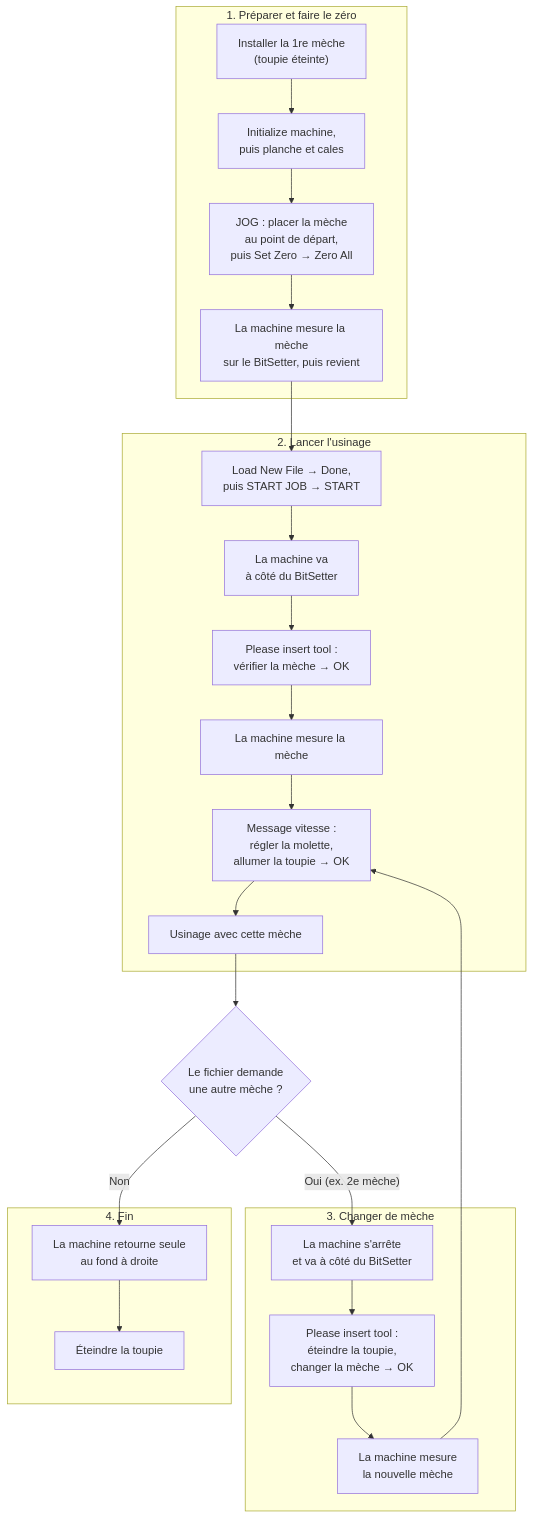
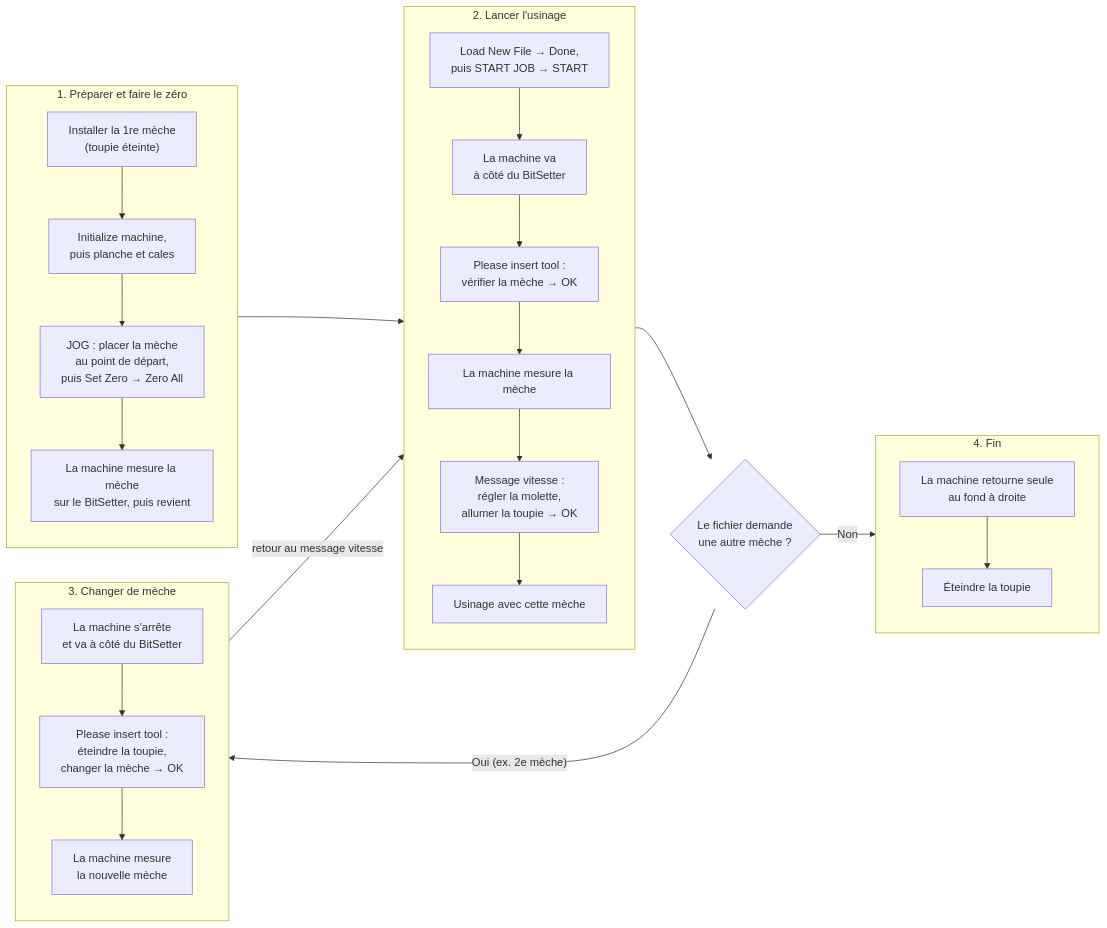
The diagram in src/content/docs/fr/guides/cnc-machine.md (Fablab-PAE/pae-docs), drawn with Mermaid before and after one commit. The commit also changed 2 other files, not shown here.

Commit message:
build: cnc-diagram-horizontal

````diff
--- a/src/content/docs/fr/guides/cnc-machine.md
+++ b/src/content/docs/fr/guides/cnc-machine.md
@@ -107,27 +107,31 @@
 ```mermaid
-flowchart TD
+flowchart LR
   subgraph prep ["1. Préparer et faire le zéro"]
+    direction TB
     A["Installer la 1re mèche<br/>(toupie éteinte)"] --> B["Initialize machine,<br/>puis planche et cales"]
     B --> C["JOG : placer la mèche<br/>au point de départ,<br/>puis Set Zero → Zero All"]
     C --> D["La machine mesure la mèche<br/>sur le BitSetter, puis revient"]:::risk
   end
   subgraph run ["2. Lancer l'usinage"]
+    direction TB
     E["Load New File → Done,<br/>puis START JOB → START"] --> F["La machine va<br/>à côté du BitSetter"]:::risk
     F --> G["Please insert tool :<br/>vérifier la mèche → OK"]:::queue
     G --> H["La machine mesure la mèche"]:::risk
     H --> I["Message vitesse :<br/>régler la molette,<br/>allumer la toupie → OK"]:::queue
     I --> J["Usinage avec cette mèche"]:::new
   end
-  D --> E
-  J --> K{"Le fichier demande<br/>une autre mèche ?"}
   subgraph change ["3. Changer de mèche"]
+    direction TB
     L["La machine s'arrête<br/>et va à côté du BitSetter"]:::risk --> M["Please insert tool :<br/>éteindre la toupie,<br/>changer la mèche → OK"]:::queue
     M --> N["La machine mesure<br/>la nouvelle mèche"]:::risk
   end
   subgraph fin ["4. Fin"]
+    direction TB
     O["La machine retourne seule<br/>au fond à droite"]:::risk --> P["Éteindre la toupie"]
   end
-  K -- "Oui (ex. 2e mèche)" --> L
-  N --> I
-  K -- "Non" --> O
+  prep --> run
+  run --> K{"Le fichier demande<br/>une autre mèche ?"}
+  K -- "Oui (ex. 2e mèche)" --> change
+  change -- "retour au message vitesse" --> run
+  K -- "Non" --> fin
 ```
````
